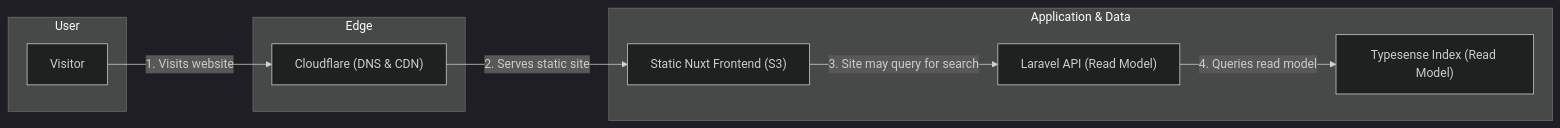
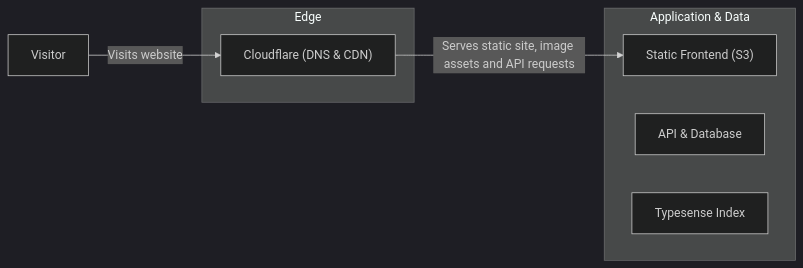
Before and after one commit to daim-dev/pitch: the first of 3 diagrams in slides.md, drawn with Mermaid (dark theme). The commit also changed other lines of this file, not shown here.

Commit message:
fix(architecture): simplify and fit on one page

````diff
--- a/slides.md
+++ b/slides.md
@@ -165,21 +165,15 @@
 ```mermaid
 graph LR
-    subgraph "User"
-        Visitor
-    end
-
     subgraph "Edge"
         Cloudflare["Cloudflare (DNS & CDN)"]
     end
 
     subgraph "Application & Data"
-        S3["Static Nuxt Frontend (S3)"]
-        API["Laravel API (Read Model)"]
-        Search["Typesense Index (Read Model)"]
+        S3["Static Frontend (S3)"]
+        API["API & Database"]
+        Search["Typesense Index"]
     end
 
-    Visitor -- "1. Visits website" --> Cloudflare
-    Cloudflare -- "2. Serves static site" --> S3
-    S3 -- "3. Site may query for search" --> API
-    API -- "4. Queries read model" --> Search
+    Visitor -- "Visits website" --> Cloudflare
+    Cloudflare -- "Serves static site, image assets and API requests" --> S3
 ```
````
